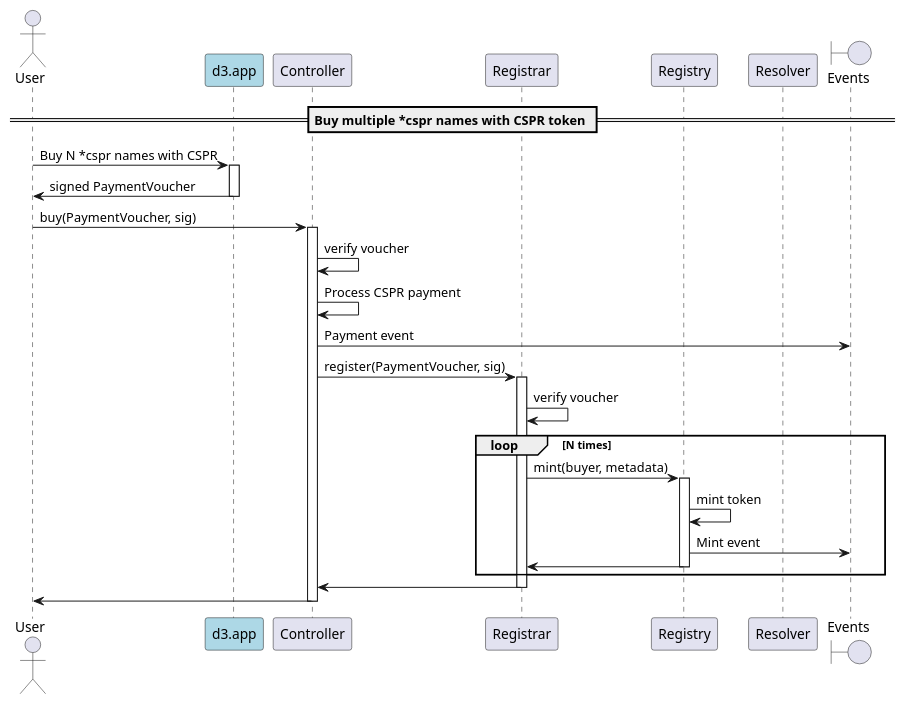
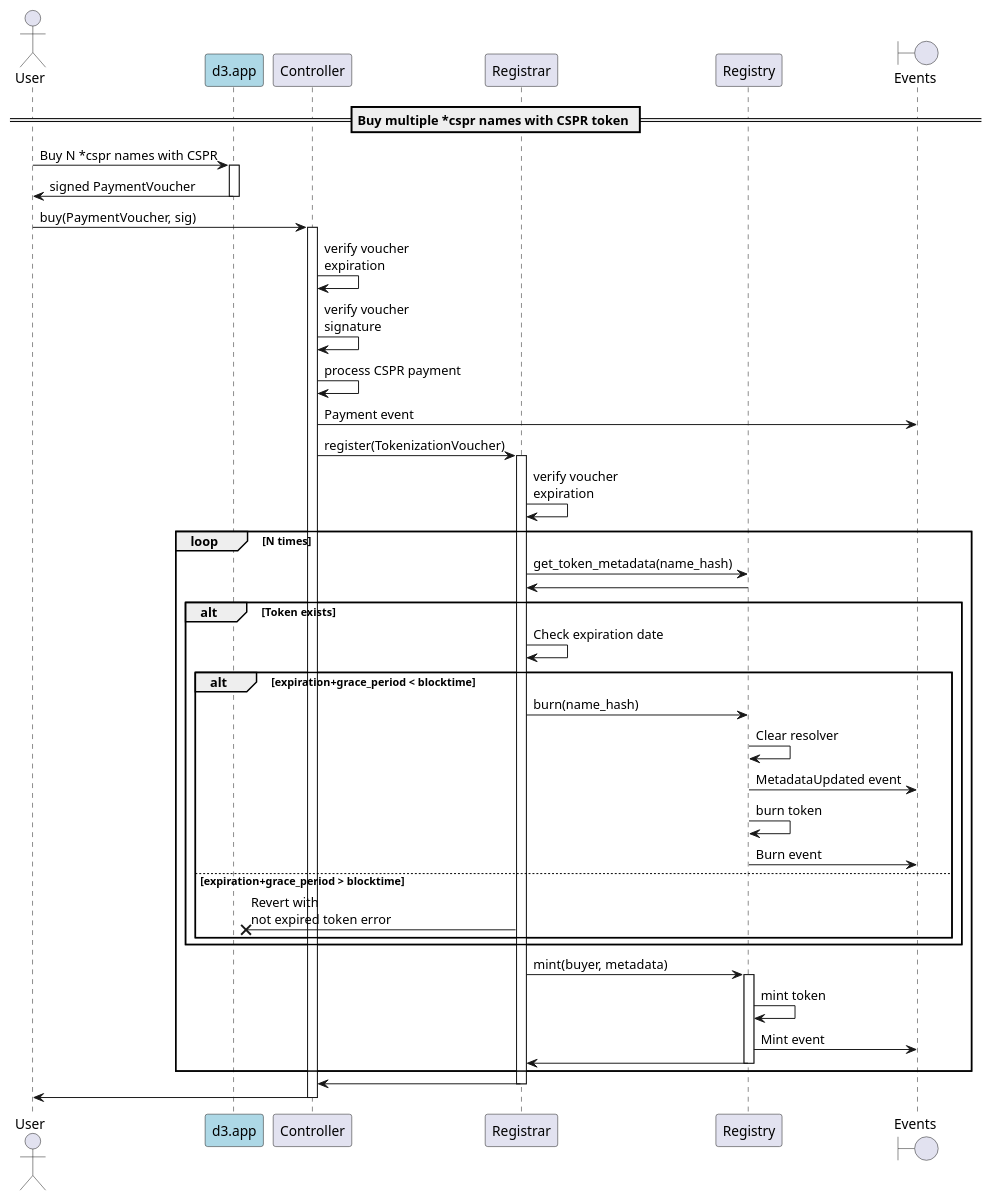
Before and after one commit to make-software/cspr-name-contracts: the diagram in docs/sequence-diagrams/puml/onchain-multiple-purchase.puml, drawn with PlantUML. The commit also changed 32 other files, not shown here.

```diff
--- a/docs/sequence-diagrams/puml/onchain-multiple-purchase.puml
+++ b/docs/sequence-diagrams/puml/onchain-multiple-purchase.puml
@@ -1,41 +1,55 @@
 @startuml
 'https://plantuml.com/sequence-diagram
 
 'autonumber
 actor User
 participant "d3.app" as d3 #lightblue
 participant "Controller"
 participant "Registrar"
 participant "Registry"
-participant "Resolver"
 boundary "Events"
 
 == Buy multiple *cspr names with CSPR token ==
 
 User -> d3: Buy N *cspr names with CSPR
 activate d3
 d3 -> User: signed PaymentVoucher
 deactivate d3
 
 User -> Controller: buy(PaymentVoucher, sig)
 activate Controller
-Controller -> Controller: verify voucher
-Controller -> Controller: Process CSPR payment
+Controller -> Controller: verify voucher\nexpiration
+Controller -> Controller: verify voucher\nsignature
+Controller -> Controller: process CSPR payment
 Controller -> "Events": Payment event
-Controller -> Registrar: register(PaymentVoucher, sig)
+Controller -> Registrar: register(TokenizationVoucher)
 activate Registrar
-Registrar -> Registrar: verify voucher
+Registrar -> Registrar: verify voucher\nexpiration
     loop N times
+        Registrar -> Registry: get_token_metadata(name_hash)
+        Registry -> Registrar
+        alt Token exists
+            Registrar -> Registrar: Check expiration date
+            alt expiration+grace_period < blocktime
+                Registrar -> Registry: burn(name_hash)
+                Registry -> Registry: Clear resolver
+                Registry -> "Events": MetadataUpdated event
+                Registry -> Registry: burn token
+                Registry -> "Events": Burn event
+            else expiration+grace_period > blocktime
+                Registrar ->x d3: Revert with\nnot expired token error
+            end
+        end
         Registrar -> Registry: mint(buyer, metadata)
         activate Registry
         Registry -> Registry: mint token
         Registry -> "Events": Mint event
         Registry -> Registrar
         deactivate Registry
     end loop
 Registrar -> Controller
 deactivate Registrar
 Controller -> User
 deactivate Controller
 
 @enduml
```
